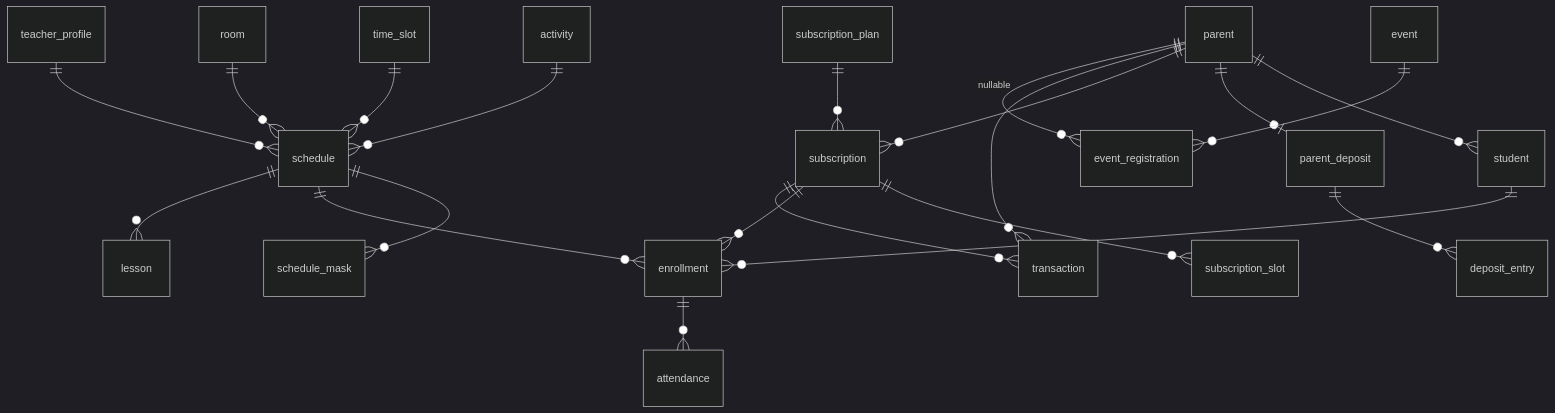
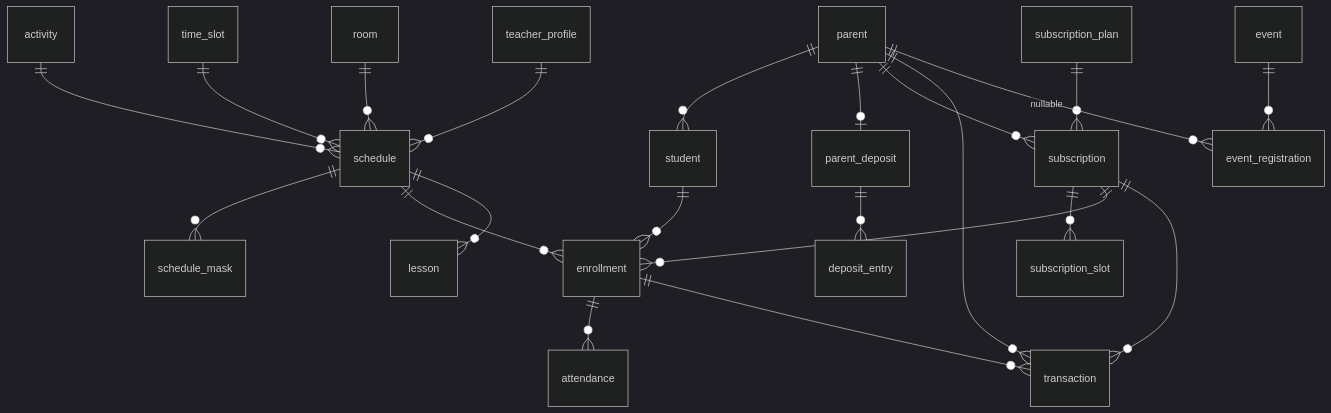
One commit to Frewazik/ypa-center-backend changed the diagram in docs/schema.md. Above: the diagram before and after it, drawn with Mermaid (dark theme). The commit also changed other lines of this file and 3 other files, not shown here.

````diff
--- a/docs/schema.md
+++ b/docs/schema.md
@@ -12,23 +12,24 @@
 ```mermaid
 erDiagram
     parent ||--o{ student : ""
     parent ||--o| parent_deposit : ""
     parent_deposit ||--o{ deposit_entry : ""
     activity ||--o{ schedule : ""
     time_slot ||--o{ schedule : ""
     room ||--o{ schedule : ""
     teacher_profile ||--o{ schedule : ""
     schedule ||--o{ schedule_mask : ""
     parent ||--o{ subscription : ""
     subscription_plan ||--o{ subscription : ""
     subscription ||--o{ subscription_slot : ""
     subscription ||--o{ enrollment : ""
     student ||--o{ enrollment : ""
     schedule ||--o{ enrollment : ""
     enrollment ||--o{ attendance : ""
     parent ||--o{ transaction : ""
     subscription ||--o{ transaction : ""
+    enrollment ||--o{ transaction : ""
     schedule ||--o{ lesson : ""
     event ||--o{ event_registration : ""
     parent ||--o{ event_registration : "nullable"
 ```
````
